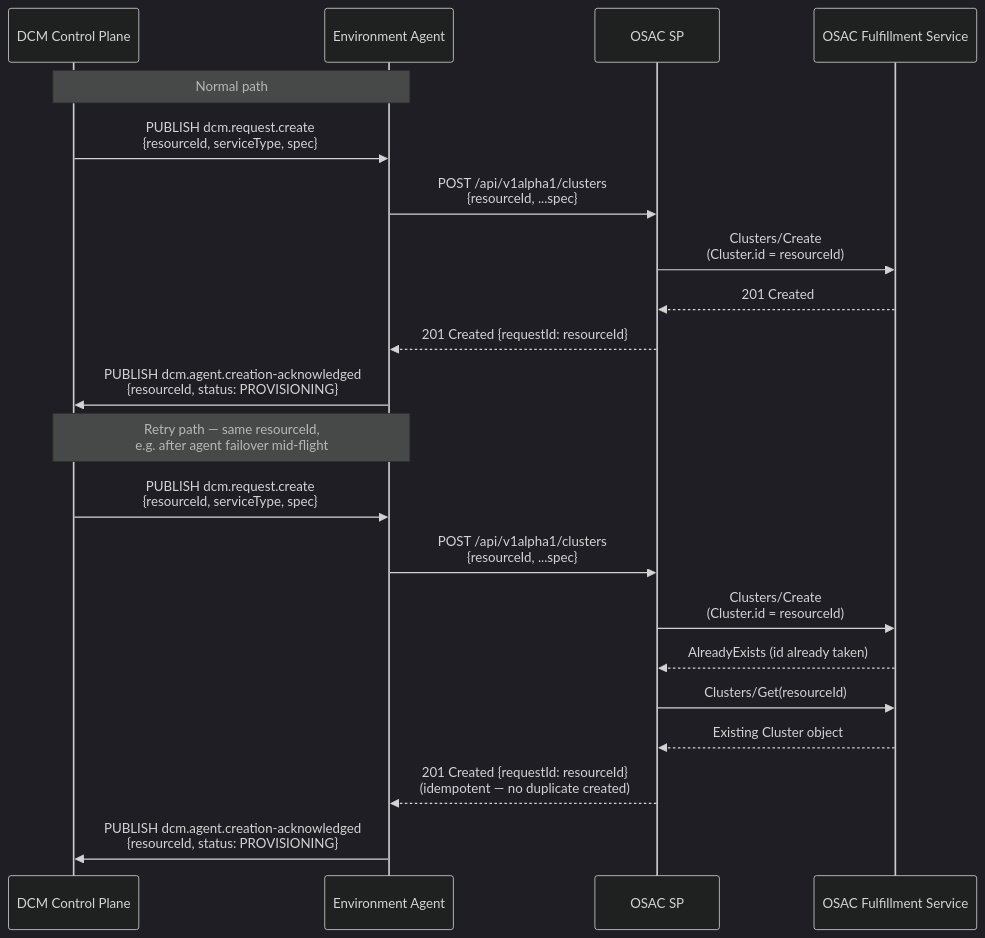
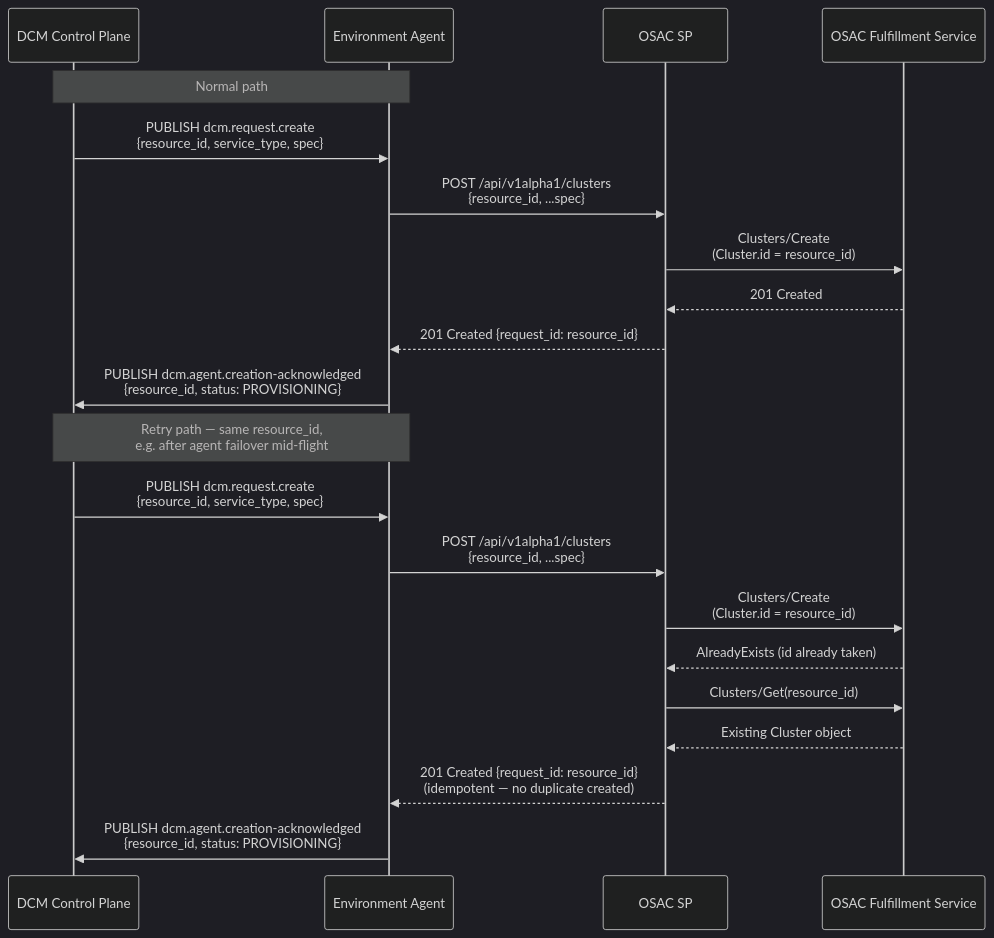
One commit to dcm-project/enhancements changed the sixth of 7 diagrams in enhancements/osac-sp/osac-sp.md. Above: the diagram before and after it, drawn with Mermaid (dark theme). The commit also changed other lines of this file and 19 other files, not shown here.

````diff
--- a/enhancements/osac-sp/osac-sp.md
+++ b/enhancements/osac-sp/osac-sp.md
@@ -941,25 +942,25 @@
 ```mermaid
 sequenceDiagram
     participant DCM as DCM Control Plane
     participant AG as Environment Agent
     participant SP as OSAC SP
     participant FS as OSAC Fulfillment Service
 
     Note over DCM,AG: Normal path
-    DCM->>AG: PUBLISH dcm.request.create<br/>{resourceId, serviceType, spec}
-    AG->>SP: POST /api/v1alpha1/clusters<br/>{resourceId, ...spec}
-    SP->>FS: Clusters/Create<br/>(Cluster.id = resourceId)
+    DCM->>AG: PUBLISH dcm.request.create<br/>{resource_id, service_type, spec}
+    AG->>SP: POST /api/v1alpha1/clusters<br/>{resource_id, ...spec}
+    SP->>FS: Clusters/Create<br/>(Cluster.id = resource_id)
     FS-->>SP: 201 Created
-    SP-->>AG: 201 Created {requestId: resourceId}
-    AG->>DCM: PUBLISH dcm.agent.creation-acknowledged<br/>{resourceId, status: PROVISIONING}
+    SP-->>AG: 201 Created {request_id: resource_id}
+    AG->>DCM: PUBLISH dcm.agent.creation-acknowledged<br/>{resource_id, status: PROVISIONING}
 
-    Note over DCM,AG: Retry path — same resourceId,<br/>e.g. after agent failover mid-flight
-    DCM->>AG: PUBLISH dcm.request.create<br/>{resourceId, serviceType, spec}
-    AG->>SP: POST /api/v1alpha1/clusters<br/>{resourceId, ...spec}
-    SP->>FS: Clusters/Create<br/>(Cluster.id = resourceId)
+    Note over DCM,AG: Retry path — same resource_id,<br/>e.g. after agent failover mid-flight
+    DCM->>AG: PUBLISH dcm.request.create<br/>{resource_id, service_type, spec}
+    AG->>SP: POST /api/v1alpha1/clusters<br/>{resource_id, ...spec}
+    SP->>FS: Clusters/Create<br/>(Cluster.id = resource_id)
     FS-->>SP: AlreadyExists (id already taken)
-    SP->>FS: Clusters/Get(resourceId)
+    SP->>FS: Clusters/Get(resource_id)
     FS-->>SP: Existing Cluster object
-    SP-->>AG: 201 Created {requestId: resourceId}<br/>(idempotent — no duplicate created)
-    AG->>DCM: PUBLISH dcm.agent.creation-acknowledged<br/>{resourceId, status: PROVISIONING}
+    SP-->>AG: 201 Created {request_id: resource_id}<br/>(idempotent — no duplicate created)
+    AG->>DCM: PUBLISH dcm.agent.creation-acknowledged<br/>{resource_id, status: PROVISIONING}
 ```
````
